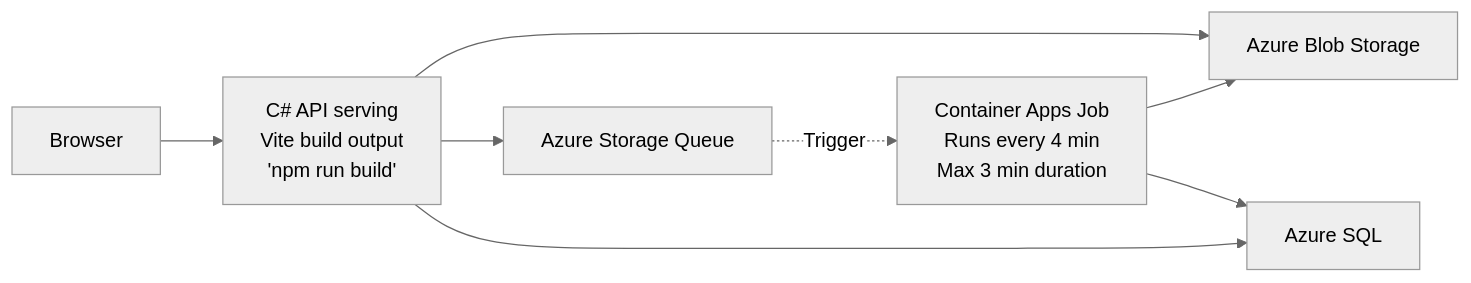
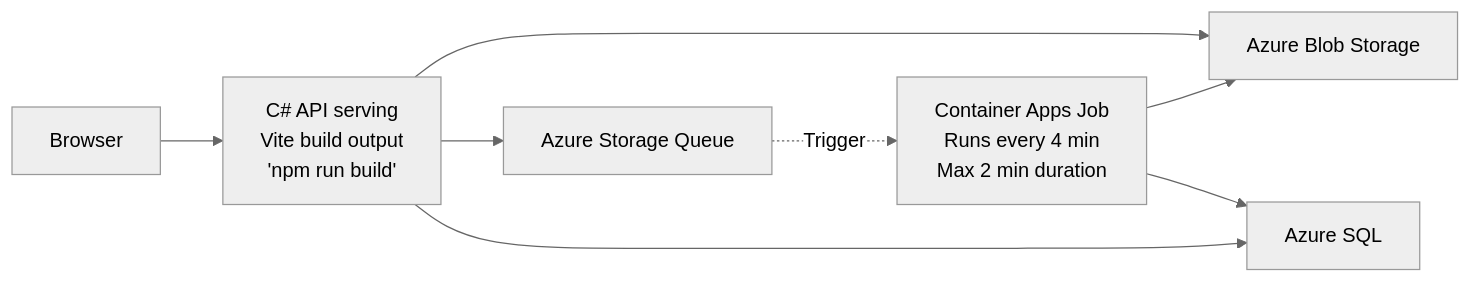
The second of 2 diagrams in azure/image-gallery/README.md (Joao-mds009/aspire-13-samples), drawn with Mermaid (neutral theme) before and after one commit. The commit also changed other lines of this file and 2 other files, not shown here.

Commit message:
feat: update thumbnail worker max duration to 2 minutes to prevent overlapping jobs

````diff
--- a/azure/image-gallery/README.md
+++ b/azure/image-gallery/README.md
@@ -20,10 +20,10 @@
 ```mermaid
 flowchart LR
     Browser --> API[C# API serving<br/>Vite build output<br/>'npm run build']
     API --> Blobs[Azure Blob Storage]
     API --> Queue[Azure Storage Queue]
     API --> SQL[Azure SQL]
-    Job[Container Apps Job<br/>Runs every 4 min<br/>Max 3 min duration] --> Blobs
+    Job[Container Apps Job<br/>Runs every 4 min<br/>Max 2 min duration] --> Blobs
     Job --> SQL
     Queue -.Trigger.-> Job
 ```
````
